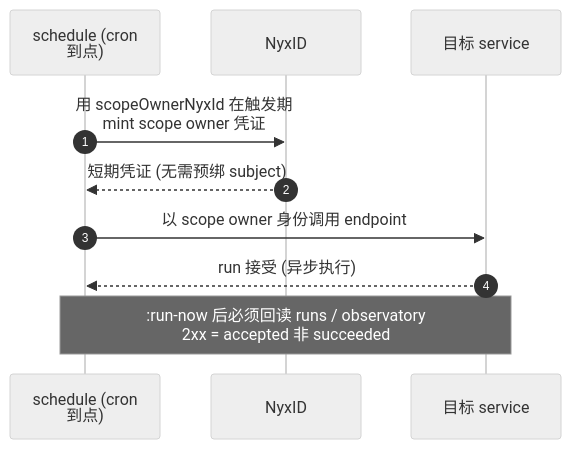
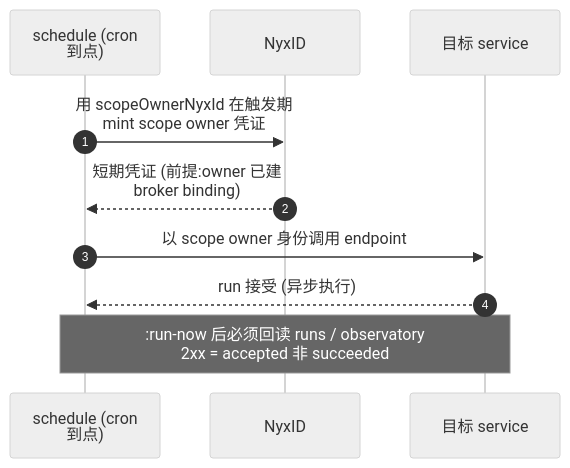
One commit to eanzhao-os/aevatar-review changed the fourth of 4 diagrams in 11/01-aevatar-control-plane-skills.md. Above: the diagram before and after it, drawn with Mermaid. The commit also changed other lines of this file, not shown here.

First line of the commit message:
docs(11): 订正 scheduler 鉴权口径 + 新增启用 NyxID owner binding 指南

````diff
--- a/11/01-aevatar-control-plane-skills.md
+++ b/11/01-aevatar-control-plane-skills.md
@@ -138,13 +138,13 @@
 ```mermaid
 %%{init: {"theme":"neutral","sequence":{"wrap":true}}}%%
 sequenceDiagram
     autonumber
     participant SCH as schedule (cron 到点)
     participant NYX as NyxID
     participant SVC as 目标 service
     SCH->>NYX: 用 scopeOwnerNyxId 在触发期 mint scope owner 凭证
-    NYX-->>SCH: 短期凭证 (无需预绑 subject)
+    NYX-->>SCH: 短期凭证 (前提:owner 已建 broker binding)
     SCH->>SVC: 以 scope owner 身份调用 endpoint
     SVC-->>SCH: run 接受 (异步执行)
     Note over SCH,SVC: :run-now 后必须回读 runs / observatory<br/>2xx = accepted 非 succeeded
 ```
````
